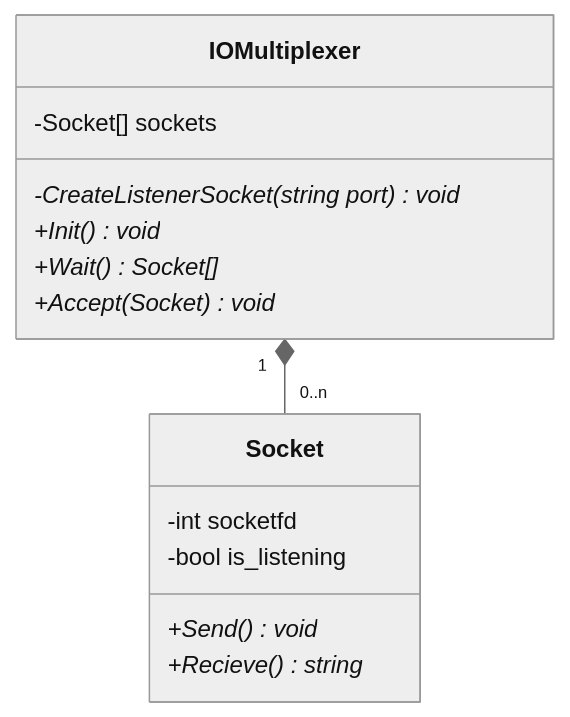
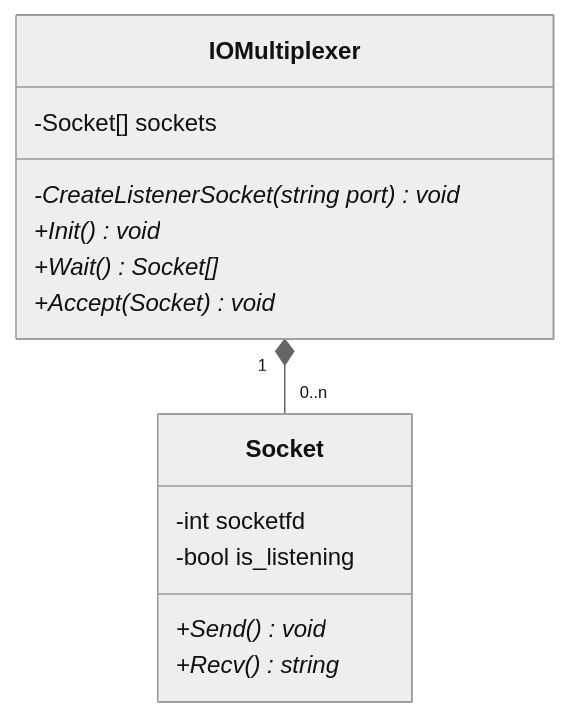
The diagram in docs/class/socket_class.md (katataku/webserv), drawn with Mermaid (neutral theme) before and after one commit. The commit also changed other lines of this file and 23 other files, not shown here.

````diff
--- a/docs/class/socket_class.md
+++ b/docs/class/socket_class.md
@@ -3,19 +3,19 @@
 ```mermaid
 classDiagram
   class Socket {
     -int socketfd
     -bool is_listening
     +Send()* void
-    +Recieve()* string
+    +Recv()* string
   }
 
   class IOMultiplexer {
     -Socket[] sockets
     -CreateListenerSocket(string port)* void
     +Init()* void
     +Wait()* Socket[]
     +Accept(Socket)* void
   }
 
   IOMultiplexer "1" *-- "0..n" Socket
 ```
````
